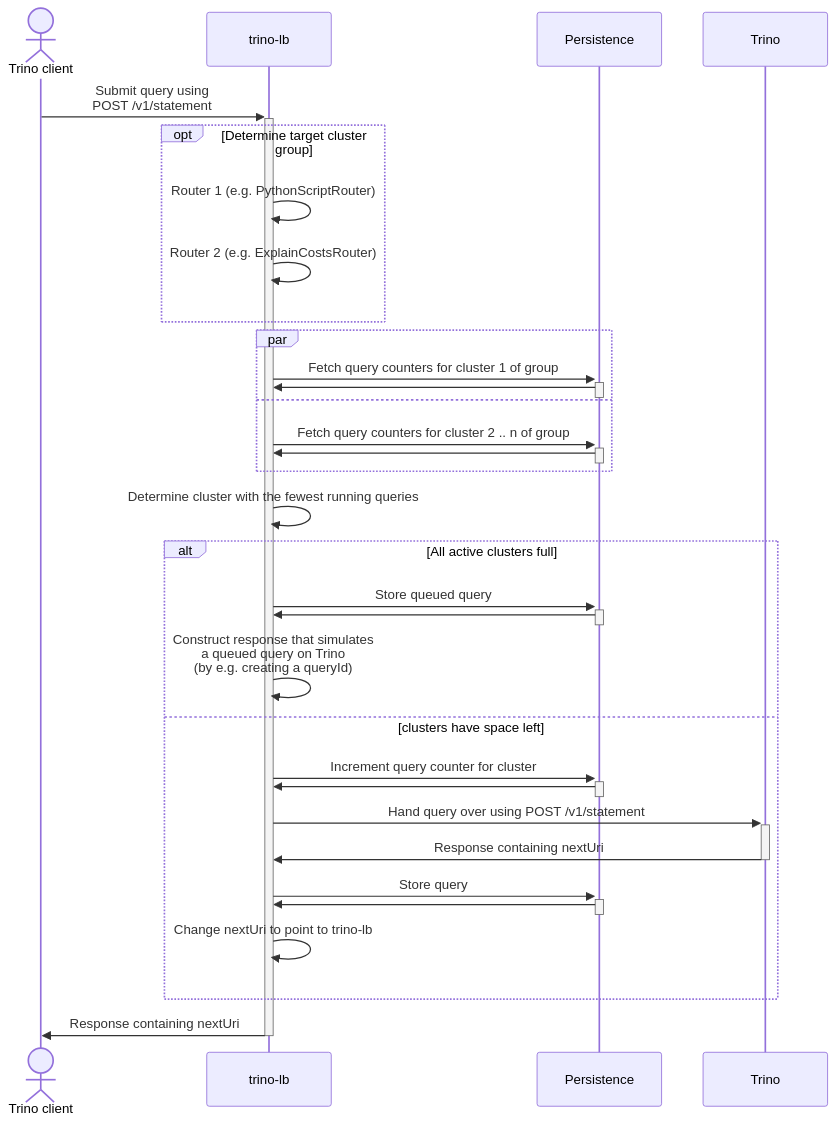
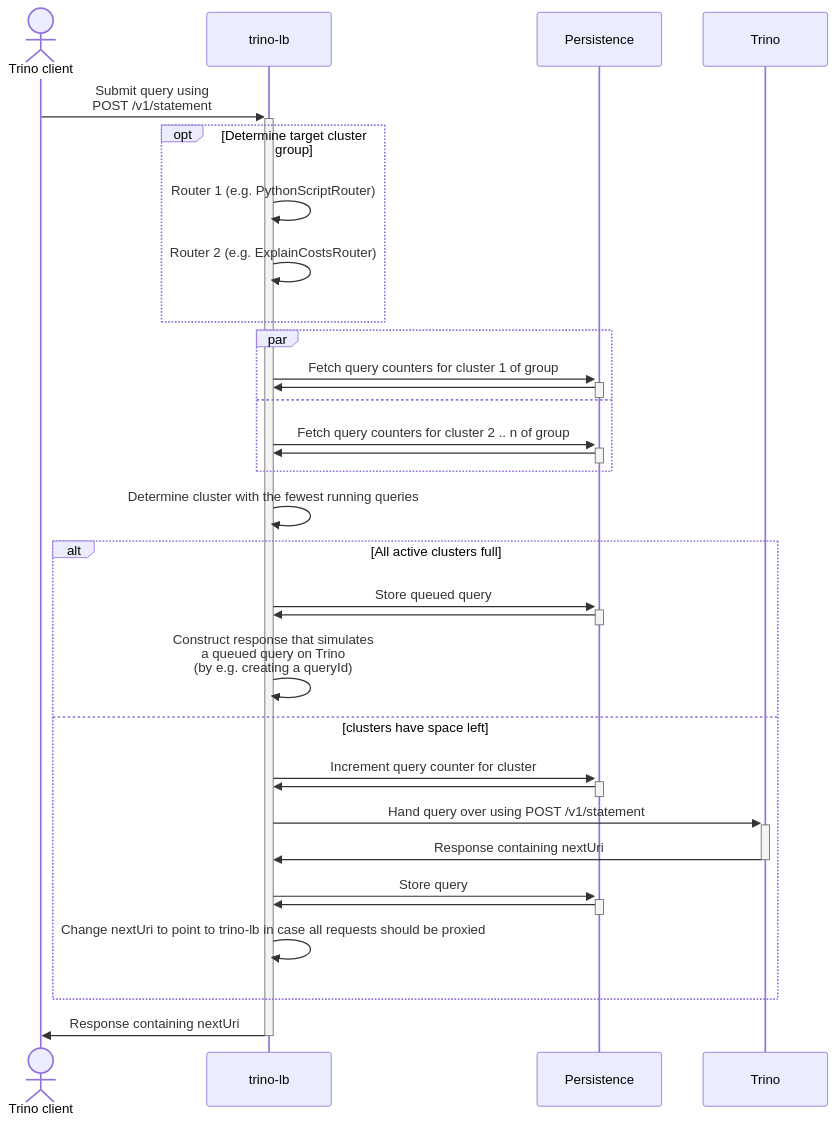
One commit to stackabletech/trino-lb changed the diagram in docs/design.md. Above: the diagram before and after it, drawn with Mermaid. The commit also changed other lines of this file and 2 other files, not shown here.

````diff
--- a/docs/design.md
+++ b/docs/design.md
@@ -121,43 +128,43 @@
 ```mermaid
 sequenceDiagram
     actor client as Trino client
     participant lb as trino-lb
     participant persistence as Persistence
     participant trino as Trino
 
     client ->>+ lb: Submit query using <br/> POST /v1/statement
     opt Determine target cluster group
         lb ->> lb: Router 1 (e.g. PythonScriptRouter)
         lb ->> lb: Router 2 (e.g. ExplainCostsRouter)
     end
 
     par
         lb ->>+ persistence: Fetch query counters for cluster 1 of group
         persistence ->>- lb: # Don't strip space
     and
         lb ->>+ persistence: Fetch query counters for cluster 2 .. n of group
         persistence ->>- lb: # Don't strip space
     end
 
     lb ->> lb: Determine cluster with the fewest running queries
 
     alt All active clusters full
         lb ->>+ persistence: Store queued query
         persistence ->>- lb: # Don't strip space
 
         lb ->> lb: Construct response that simulates <br/> a queued query on Trino <br/> (by e.g. creating a queryId)
     else clusters have space left
         lb ->>+ persistence: Increment query counter for cluster
         persistence ->>- lb: # Don't strip space
 
         lb ->>+ trino: Hand query over using POST /v1/statement
         trino ->>- lb: Response containing nextUri
 
         lb ->>+ persistence: Store query
         persistence ->>- lb: # Don't strip space
 
-        lb ->> lb: Change nextUri to point to trino-lb
+        lb ->> lb: Change nextUri to point to trino-lb in case all requests should be proxied
     end
 
     lb ->>- client: Response containing nextUri
 ```
````
